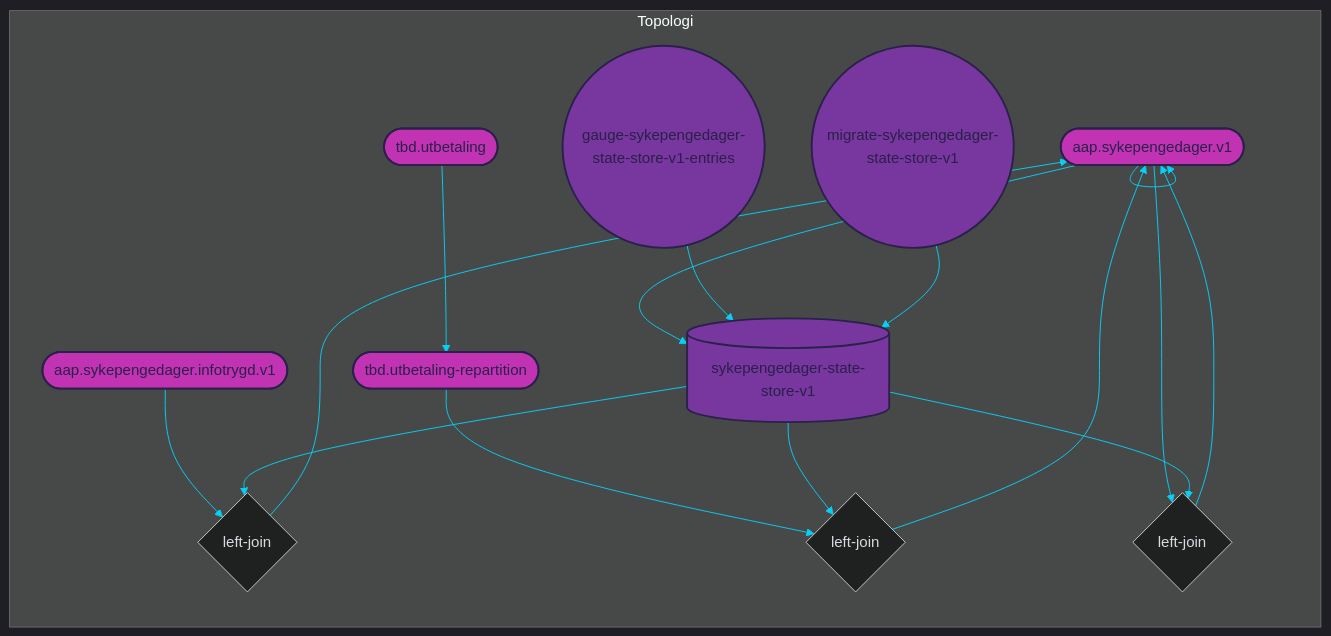
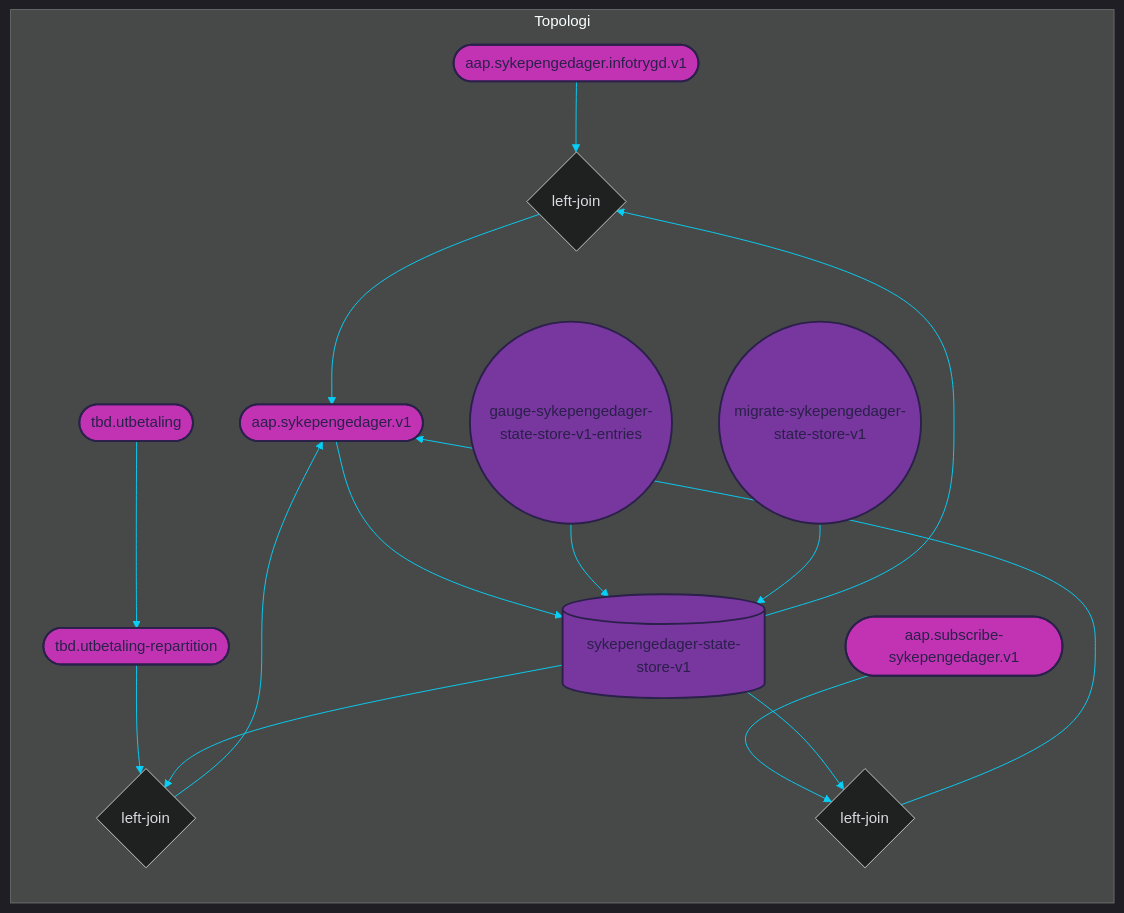
The diagram in docs/topology.mmd (navikt/aap-sykepengedager), drawn with Mermaid before and after one commit. The commit also changed 7 other files, not shown here.

```diff
--- a/docs/topology.mmd
+++ b/docs/topology.mmd
@@ -1,77 +1,79 @@
 
 %%{init: {'theme': 'dark', 'themeVariables': { 'primaryColor': '#07cff6', 'textColor': '#dad9e0', 'lineColor': '#07cff6'}}}%%
 
 graph LR
 
 subgraph Topologi
     %% TOPICS
-    aap.sykepengedager.v1([aap.sykepengedager.v1])
-	aap.sykepengedager.infotrygd.v1([aap.sykepengedager.infotrygd.v1])
+    aap.sykepengedager.infotrygd.v1([aap.sykepengedager.infotrygd.v1])
 	tbd.utbetaling-repartition([tbd.utbetaling-repartition])
+	aap.sykepengedager.v1([aap.sykepengedager.v1])
+	aap.subscribe-sykepengedager.v1([aap.subscribe-sykepengedager.v1])
 	tbd.utbetaling([tbd.utbetaling])
 
     %% JOINS
     aap.sykepengedager.infotrygd.v1-left-join-aap.sykepengedager.v1{left-join}
 	tbd.utbetaling-left-join-aap.sykepengedager.v1{left-join}
-	aap.sykepengedager.v1-left-join-aap.sykepengedager.v1{left-join}
+	aap.subscribe-sykepengedager.v1-left-join-aap.sykepengedager.v1{left-join}
 
     %% STATE PROCESSORS
     
     
     %% STATE STORES
     sykepengedager-state-store-v1[(sykepengedager-state-store-v1)]
     
     %% DATABASES
     
     
 
     %% PROCESSOR API JOBS
     gauge-sykepengedager-state-store-v1-entries((gauge-sykepengedager-state-store-v1-entries))
 	migrate-sykepengedager-state-store-v1((migrate-sykepengedager-state-store-v1))
     
     %% JOIN STREAMS
     aap.sykepengedager.infotrygd.v1 --> aap.sykepengedager.infotrygd.v1-left-join-aap.sykepengedager.v1
 	sykepengedager-state-store-v1 --> aap.sykepengedager.infotrygd.v1-left-join-aap.sykepengedager.v1
 	aap.sykepengedager.infotrygd.v1-left-join-aap.sykepengedager.v1 --> aap.sykepengedager.v1
 	tbd.utbetaling-repartition --> tbd.utbetaling-left-join-aap.sykepengedager.v1
 	sykepengedager-state-store-v1 --> tbd.utbetaling-left-join-aap.sykepengedager.v1
 	tbd.utbetaling-left-join-aap.sykepengedager.v1 --> aap.sykepengedager.v1
-	aap.sykepengedager.v1 --> aap.sykepengedager.v1-left-join-aap.sykepengedager.v1
-	sykepengedager-state-store-v1 --> aap.sykepengedager.v1-left-join-aap.sykepengedager.v1
-	aap.sykepengedager.v1-left-join-aap.sykepengedager.v1 --> aap.sykepengedager.v1
+	aap.subscribe-sykepengedager.v1 --> aap.subscribe-sykepengedager.v1-left-join-aap.sykepengedager.v1
+	sykepengedager-state-store-v1 --> aap.subscribe-sykepengedager.v1-left-join-aap.sykepengedager.v1
+	aap.subscribe-sykepengedager.v1-left-join-aap.sykepengedager.v1 --> aap.sykepengedager.v1
 
     %% TABLE STREAMS
     aap.sykepengedager.v1 --> sykepengedager-state-store-v1
 
     %% JOB STREAMS
     gauge-sykepengedager-state-store-v1-entries --> sykepengedager-state-store-v1
 	migrate-sykepengedager-state-store-v1 --> sykepengedager-state-store-v1
     
     %% BRANCH STREAMS
-    aap.sykepengedager.v1 --> aap.sykepengedager.v1
+    
 
     %% REPARTITION STREAMS
     
     
     %% BASIC STREAMS
     tbd.utbetaling --> tbd.utbetaling-repartition
     
     %% CUSTOM PROCESS STREAMS
     
 end
 
 %% COLORS
 %% light    #dad9e0
 %% purple   #78369f
 %% pink     #c233b4
 %% dark     #2a204a
 %% blue     #07cff6
 
 %% STYLES
-style aap.sykepengedager.v1 fill:#c233b4, stroke:#2a204a, stroke-width:2px, color:#2a204a
 style aap.sykepengedager.infotrygd.v1 fill:#c233b4, stroke:#2a204a, stroke-width:2px, color:#2a204a
 style tbd.utbetaling-repartition fill:#c233b4, stroke:#2a204a, stroke-width:2px, color:#2a204a
+style aap.sykepengedager.v1 fill:#c233b4, stroke:#2a204a, stroke-width:2px, color:#2a204a
+style aap.subscribe-sykepengedager.v1 fill:#c233b4, stroke:#2a204a, stroke-width:2px, color:#2a204a
 style tbd.utbetaling fill:#c233b4, stroke:#2a204a, stroke-width:2px, color:#2a204a
 style sykepengedager-state-store-v1 fill:#78369f, stroke:#2a204a, stroke-width:2px, color:#2a204a
 style gauge-sykepengedager-state-store-v1-entries fill:#78369f, stroke:#2a204a, stroke-width:2px, color:#2a204a
 style migrate-sykepengedager-state-store-v1 fill:#78369f, stroke:#2a204a, stroke-width:2px, color:#2a204a
```
